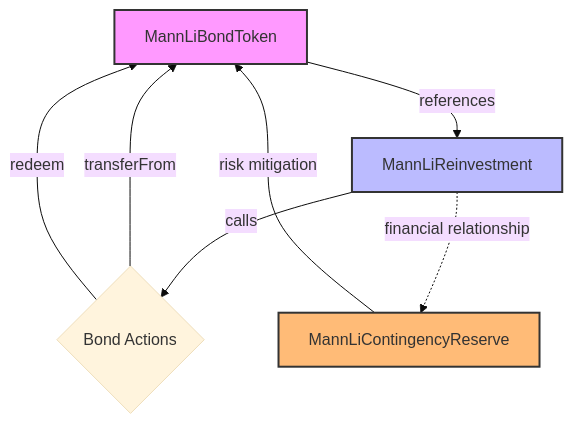
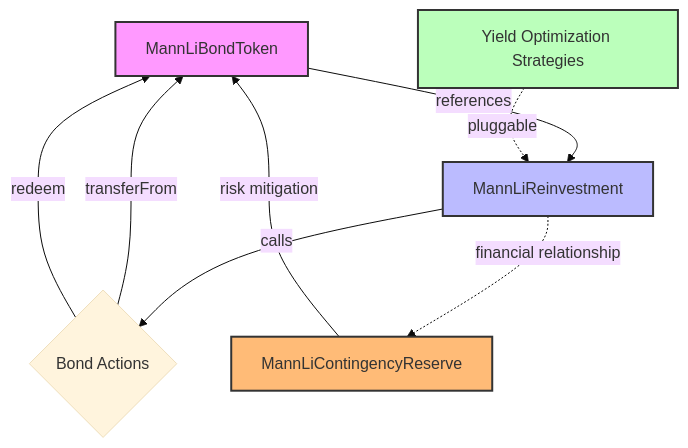
The diagram in README.md (Defi-Oracle-Tooling/mann_li_method), drawn with Mermaid (base theme) before and after one commit. The commit also changed other lines of this file and 4 other files, not shown here.

````diff
--- a/README.md
+++ b/README.md
@@ -59,13 +71,15 @@
 ```mermaid
 flowchart TD
     A[MannLiBondToken] -->|references| B[MannLiReinvestment]
     B -->|calls| C{Bond Actions}
     C -->|transferFrom| A
     C -->|redeem| A
     B -.->|financial relationship| D[MannLiContingencyReserve]
     D -->|risk mitigation| A
+    E[Yield Optimization Strategies] -.->|pluggable| B
     
     style A fill:#f9f,stroke:#333,stroke-width:2px
     style B fill:#bbf,stroke:#333,stroke-width:2px
     style D fill:#fb7,stroke:#333,stroke-width:2px
+    style E fill:#bfb,stroke:#333,stroke-width:2px
 ```
````
